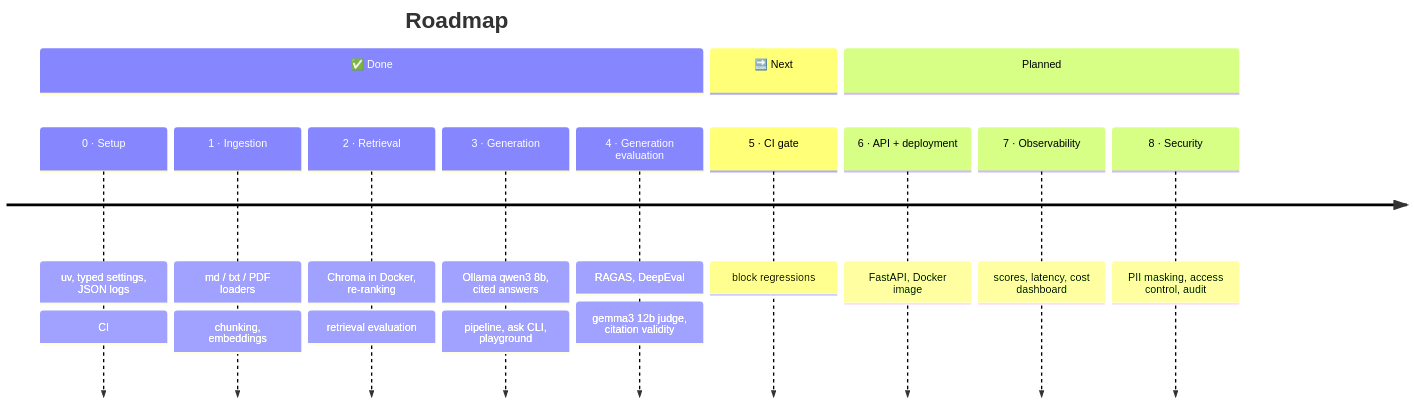
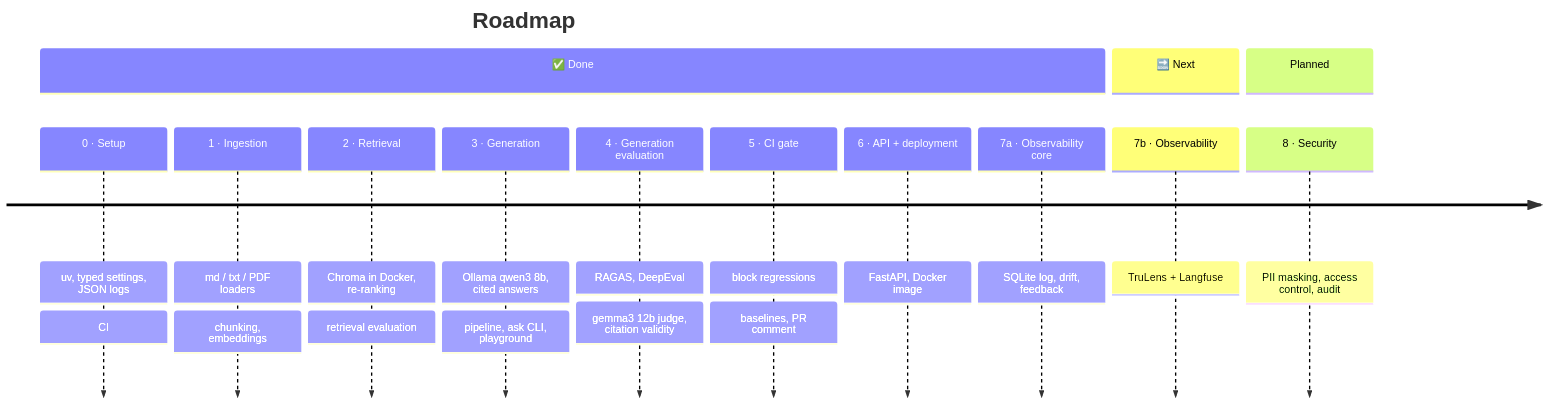
The first of 14 diagrams in readme.md (mjunedalam/rag-eval-platform), drawn with Mermaid before and after one commit. The commit also changed other lines of this file and 62 other files, not shown here.

````diff
--- a/readme.md
+++ b/readme.md
@@ -70,16 +70,17 @@
 ```mermaid
 timeline
     title Roadmap
     section ✅ Done
         0 · Setup : uv, typed settings, JSON logs : CI
         1 · Ingestion : md / txt / PDF loaders : chunking, embeddings
         2 · Retrieval : Chroma in Docker, re-ranking : retrieval evaluation
         3 · Generation : Ollama qwen3 8b, cited answers : pipeline, ask CLI, playground
         4 · Generation evaluation : RAGAS, DeepEval : gemma3 12b judge, citation validity
+        5 · CI gate : block regressions : baselines, PR comment
+        6 · API + deployment : FastAPI, Docker image
+        7a · Observability core : SQLite log, drift, feedback
     section 🔜 Next
-        5 · CI gate : block regressions
+        7b · Observability : TruLens + Langfuse
     section Planned
-        6 · API + deployment : FastAPI, Docker image
-        7 · Observability : scores, latency, cost dashboard
         8 · Security : PII masking, access control, audit
 ```
````
